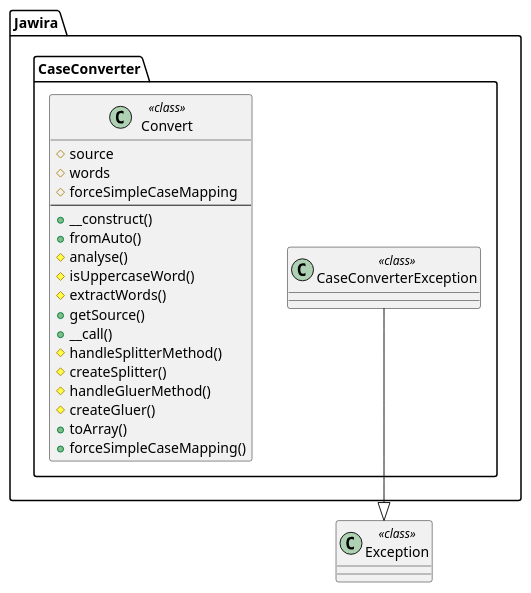
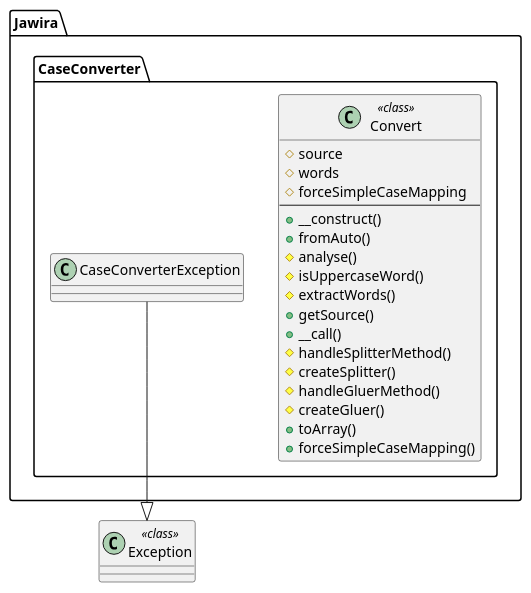
One commit to jawira/case-converter changed the diagram in docs/images/uml-case-converter.puml. Above: the diagram before and after it, drawn with PlantUML. The commit also changed 9 other files, not shown here.

```diff
--- a/docs/images/uml-case-converter.puml
+++ b/docs/images/uml-case-converter.puml
@@ -1,28 +1,26 @@
 @startuml
 namespace Jawira.CaseConverter  {
-	class CaseConverterException << class >> {
-	}
 	class Convert << class >> {
 		#source
 		#words
 		#forceSimpleCaseMapping
 		--
 		+__construct()
 		+fromAuto()
 		#analyse()
 		#isUppercaseWord()
 		#extractWords()
 		+getSource()
 		+__call()
 		#handleSplitterMethod()
 		#createSplitter()
 		#handleGluerMethod()
 		#createGluer()
 		+toArray()
 		+forceSimpleCaseMapping()
 	}
 }
 	class Exception << class >> {
 	}
 Jawira.CaseConverter.CaseConverterException --|> Exception
 @enduml
```
